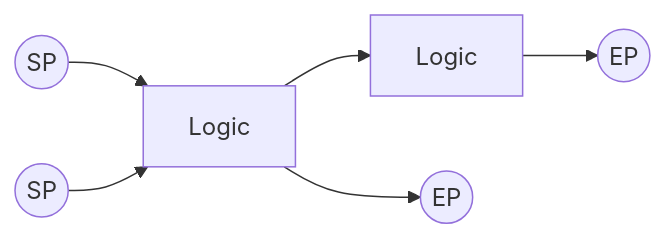
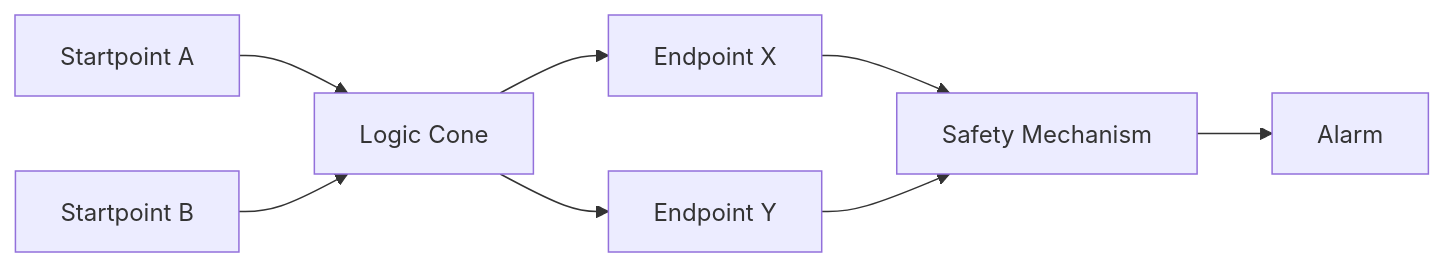
The fourth of 8 diagrams in articles/01_automotive_safeic_practice_d01_github_en_revised.md (qiqixixi1001/automotive-safeic-practice), drawn with Mermaid before and after one commit. The commit also changed other lines of this file, not shown here.

````diff
--- a/articles/01_automotive_safeic_practice_d01_github_en_revised.md
+++ b/articles/01_automotive_safeic_practice_d01_github_en_revised.md
@@ -151,8 +443,10 @@
 ```mermaid
 flowchart LR
-    SP1((SP)) --> G1[Logic]
-    SP2((SP)) --> G1
-    G1 --> G2[Logic]
-    G2 --> EP1((EP))
-    G1 --> EP2((EP))
+    SP1[Startpoint A] --> C1[Logic Cone]
+    SP2[Startpoint B] --> C1
+    C1 --> EP1[Endpoint X]
+    C1 --> EP2[Endpoint Y]
+    EP1 --> SM1[Safety Mechanism]
+    EP2 --> SM1
+    SM1 --> ALM[Alarm]
 ```
````
